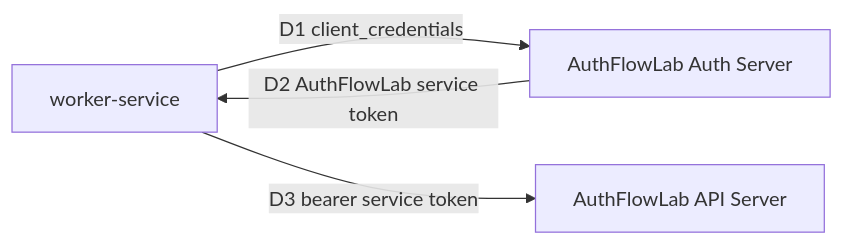
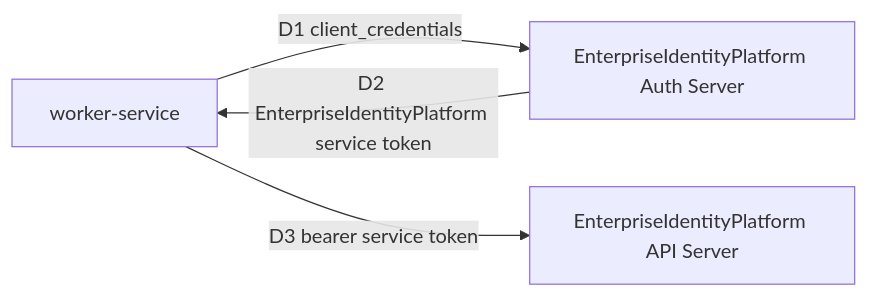
The second of 3 diagrams in README.md (haoyucheng369-gif/EnterpriseIdentityPlatform), drawn with Mermaid before and after one commit. The commit also changed other lines of this file and 106 other files, not shown here.

Commit message:
Rename project to EnterpriseIdentityPlatform

````diff
--- a/README.md
+++ b/README.md
@@ -63,10 +63,10 @@
 ```mermaid
 flowchart LR
     Worker[worker-service]
-    Auth[AuthFlowLab Auth Server]
-    API[AuthFlowLab API Server]
+    Auth[EnterpriseIdentityPlatform Auth Server]
+    API[EnterpriseIdentityPlatform API Server]
 
     Worker -->|D1 client_credentials| Auth
-    Auth -->|D2 AuthFlowLab service token| Worker
+    Auth -->|D2 EnterpriseIdentityPlatform service token| Worker
     Worker -->|D3 bearer service token| API
 ```
````
